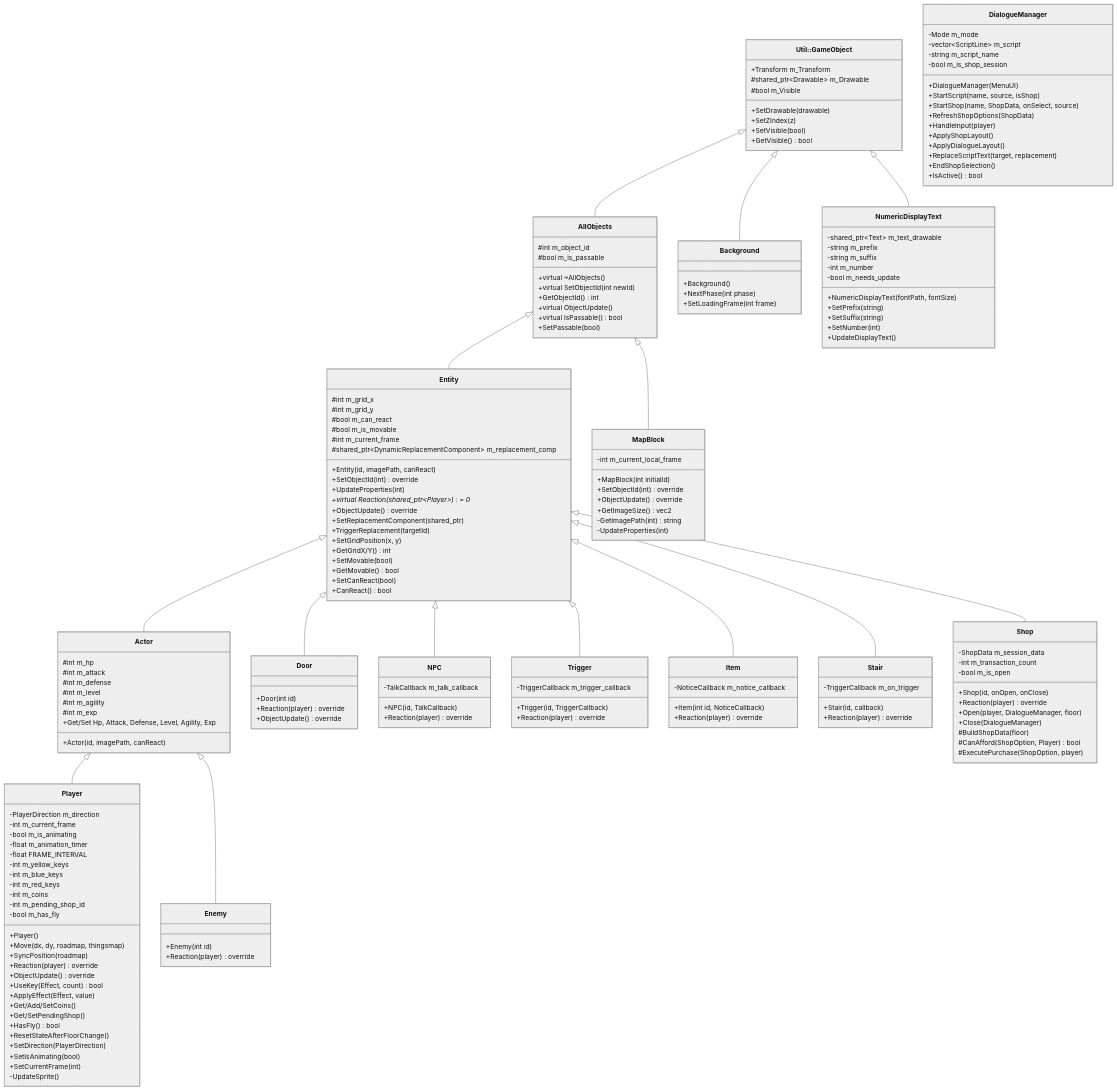
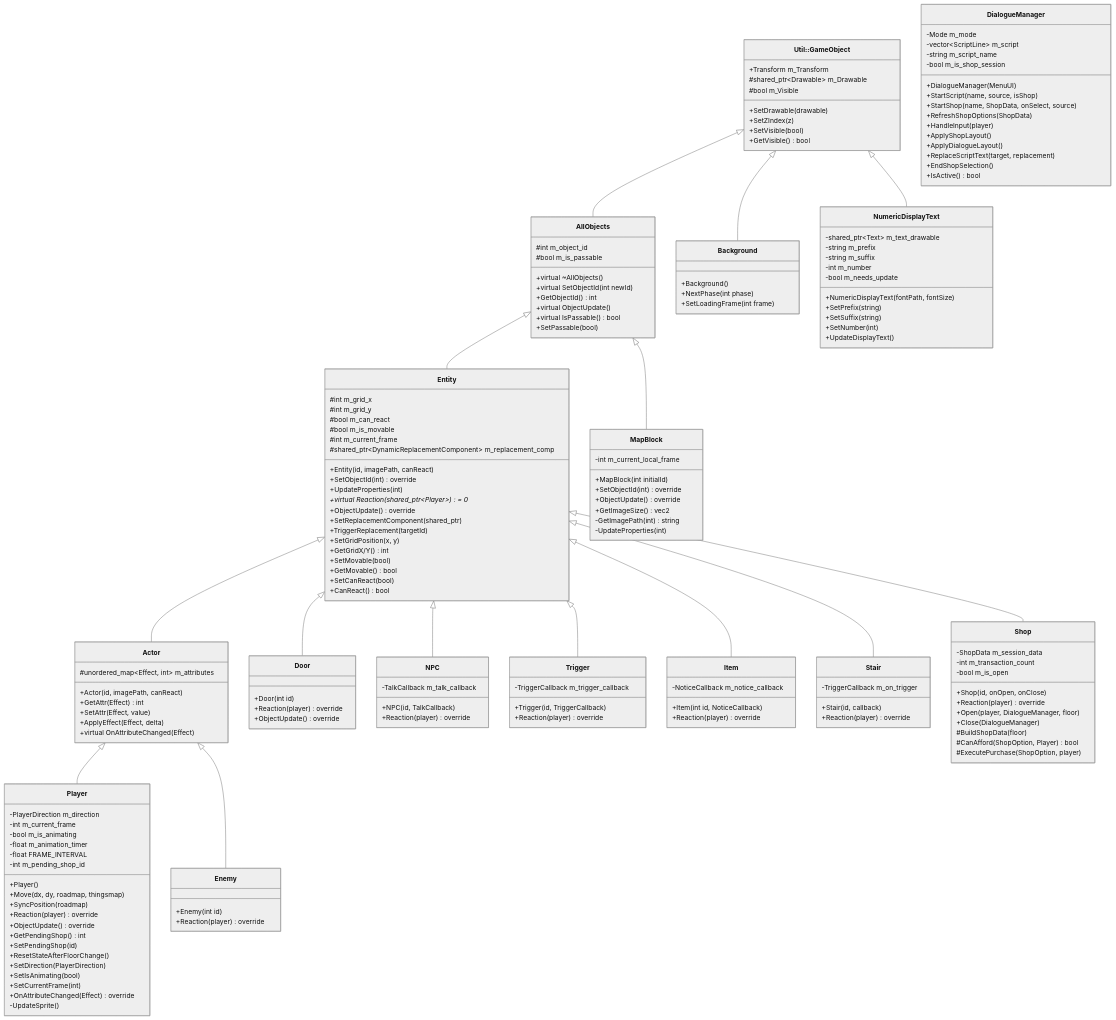
Before and after one commit to XWJWPIY/schoolwork_recreate_magic_tower: the first of 4 diagrams in Constructure.md, drawn with Mermaid (neutral theme). The commit also changed other lines of this file and 10 other files, not shown here.

```diff
--- a/Constructure.md
+++ b/Constructure.md
@@ -67,14 +67,12 @@
     }
 
     class Actor {
-        #int m_hp
-        #int m_attack
-        #int m_defense
-        #int m_level
-        #int m_agility
-        #int m_exp
+        #unordered_map~Effect, int~ m_attributes
         +Actor(id, imagePath, canReact)
-        +Get/Set Hp, Attack, Defense, Level, Agility, Exp
+        +GetAttr(Effect) int
+        +SetAttr(Effect, value)
+        +ApplyEffect(Effect, delta)
+        +virtual OnAttributeChanged(Effect)
     }
 
     class MapBlock {
@@ -93,26 +91,19 @@
         -bool m_is_animating
         -float m_animation_timer
         -float FRAME_INTERVAL
-        -int m_yellow_keys
-        -int m_blue_keys
-        -int m_red_keys
-        -int m_coins
         -int m_pending_shop_id
-        -bool m_has_fly
         +Player()
         +Move(dx, dy, roadmap, thingsmap)
         +SyncPosition(roadmap)
         +Reaction(player) override
         +ObjectUpdate() override
-        +UseKey(Effect, count) bool
-        +ApplyEffect(Effect, value)
-        +Get/Add/SetCoins()
-        +Get/SetPendingShop()
-        +HasFly() bool
+        +GetPendingShop() int
+        +SetPendingShop(id)
         +ResetStateAfterFloorChange()
         +SetDirection(PlayerDirection)
         +SetIsAnimating(bool)
         +SetCurrentFrame(int)
+        +OnAttributeChanged(Effect) override
         -UpdateSprite()
     }
 
```
